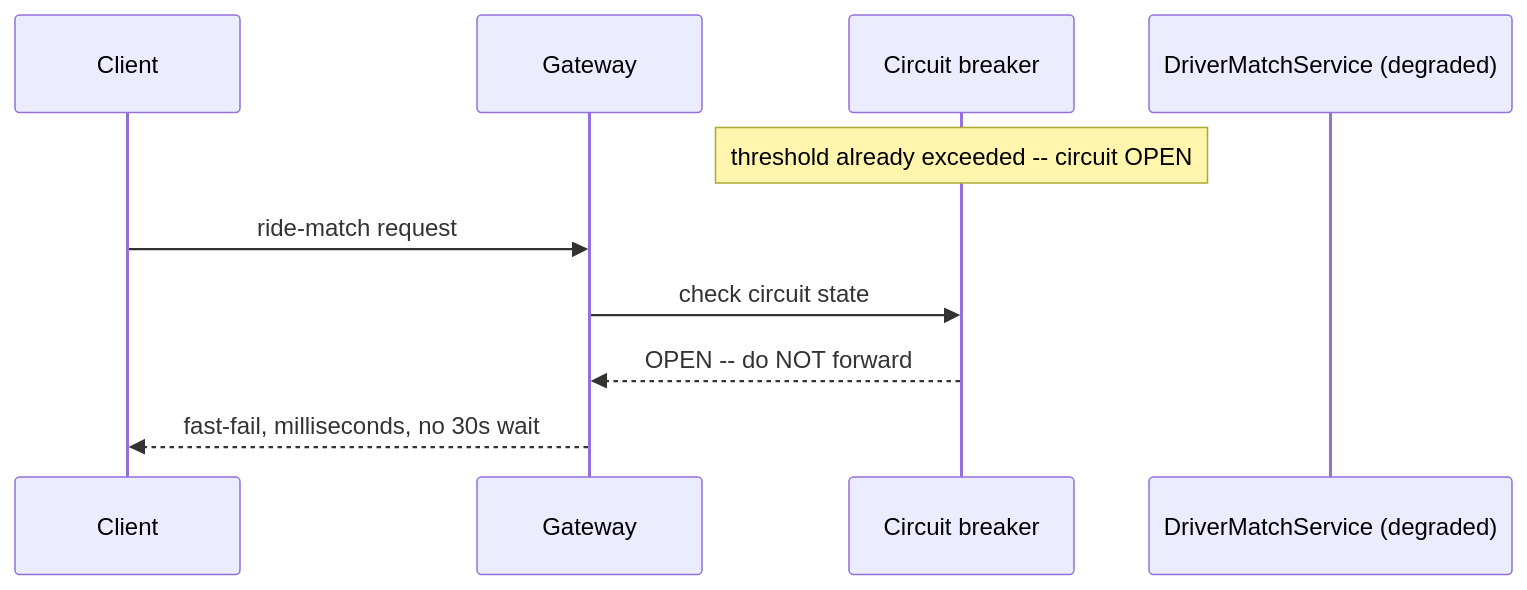
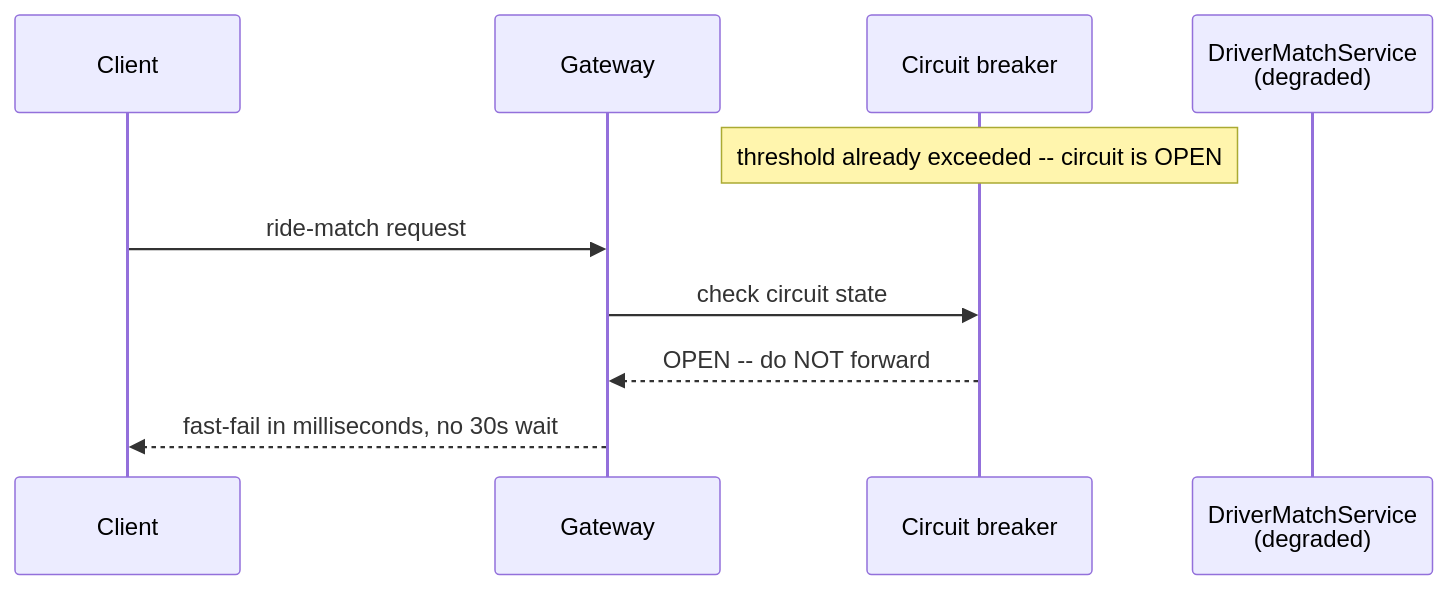
One commit to riyaz-pasha/Learnings changed the tenth of 13 diagrams in system-design/HLD/0-course/64-Design-an-API-Gateway-FAANG-Guide-story.md. Above: the diagram before and after it, drawn with Mermaid. The commit also changed other lines of this file and 1 other file, not shown here.

Commit message:
[REWRITE] API Gateway story guide: simplify prose, add structure, fix diagrams

````diff
--- a/system-design/HLD/0-course/64-Design-an-API-Gateway-FAANG-Guide-story.md
+++ b/system-design/HLD/0-course/64-Design-an-API-Gateway-FAANG-Guide-story.md
@@ -356,13 +553,13 @@
 ```mermaid
 sequenceDiagram
     participant Client
     participant GW as Gateway
     participant CB as Circuit breaker
-    participant Match as DriverMatchService (degraded)
+    participant Match as DriverMatchService<br/>(degraded)
 
-    Note over CB: threshold already exceeded -- circuit OPEN
+    Note over CB: threshold already exceeded -- circuit is OPEN
     Client->>GW: ride-match request
     GW->>CB: check circuit state
     CB-->>GW: OPEN -- do NOT forward
-    GW-->>Client: fast-fail, milliseconds, no 30s wait
+    GW-->>Client: fast-fail in milliseconds, no 30s wait
 ```
````
